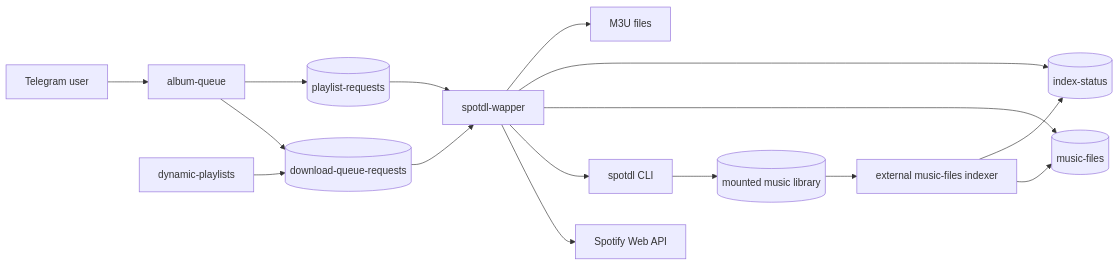
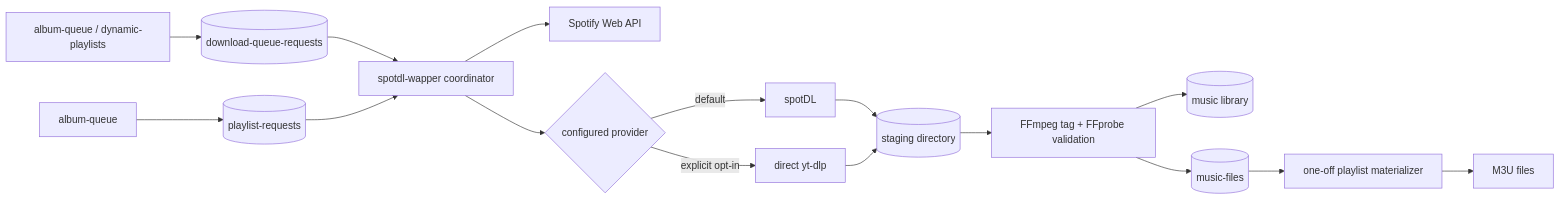
Before and after one commit to supperdoggy/harmoniq-maestro: the diagram in docs/spotdl-wapper-current-state.md, drawn with Mermaid. The commit also changed other lines of this file and 51 other files, not shown here.

````diff
--- a/docs/spotdl-wapper-current-state.md
+++ b/docs/spotdl-wapper-current-state.md
@@ -31,20 +38,21 @@
 ```mermaid
 flowchart LR
-    user["Telegram user"] --> queue["album-queue"]
-    queue --> downloads[("download-queue-requests")]
-    queue --> playlists[("playlist-requests")]
-    dynamic["dynamic-playlists"] --> downloads
+    producers["album-queue / dynamic-playlists"] --> jobs[("download-queue-requests")]
+    playlistProducer["album-queue"] --> playlistJobs[("playlist-requests")]
 
-    downloads --> worker["spotdl-wapper"]
-    playlists --> worker
+    jobs --> worker["spotdl-wapper coordinator"]
+    playlistJobs --> worker
     worker --> spotify["Spotify Web API"]
-    worker --> spotdl["spotdl CLI"]
-    spotdl --> files[("mounted music library")]
 
-    files --> indexer["external music-files indexer"]
-    indexer --> catalog[("music-files")]
-    indexer --> status[("index-status")]
-    worker --> catalog
-    worker --> status
-    worker --> m3u["M3U files"]
+    worker --> provider{"configured provider"}
+    provider -->|default| spotdl["spotDL"]
+    provider -->|explicit opt-in| ytdlp["direct yt-dlp"]
+    spotdl --> staging[("staging directory")]
+    ytdlp --> staging
+
+    staging --> importer["FFmpeg tag + FFprobe validation"]
+    importer --> files[("music library")]
+    importer --> catalog[("music-files")]
+    catalog --> materializer["one-off playlist materializer"]
+    materializer --> m3u["M3U files"]
 ```
````
